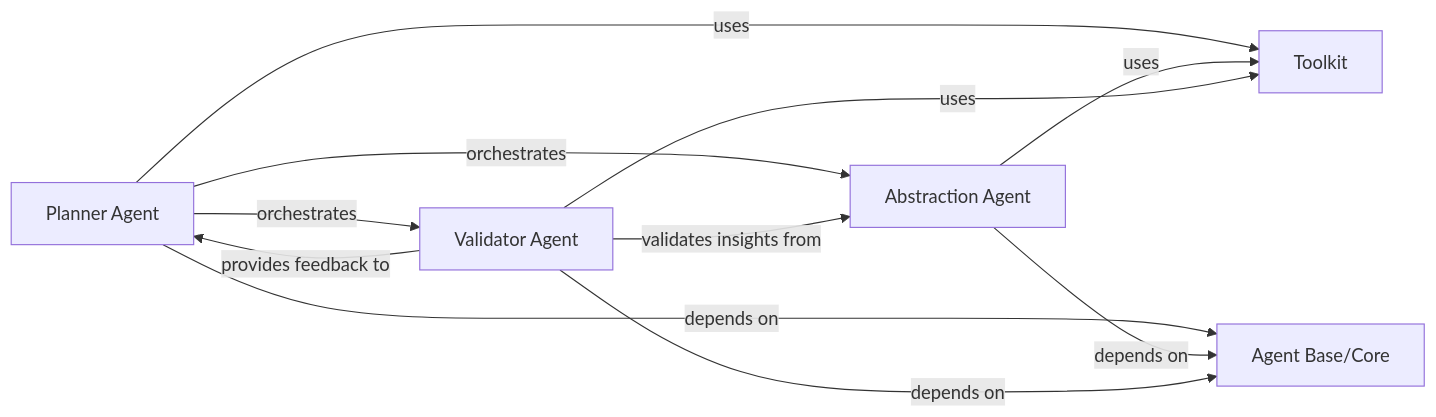
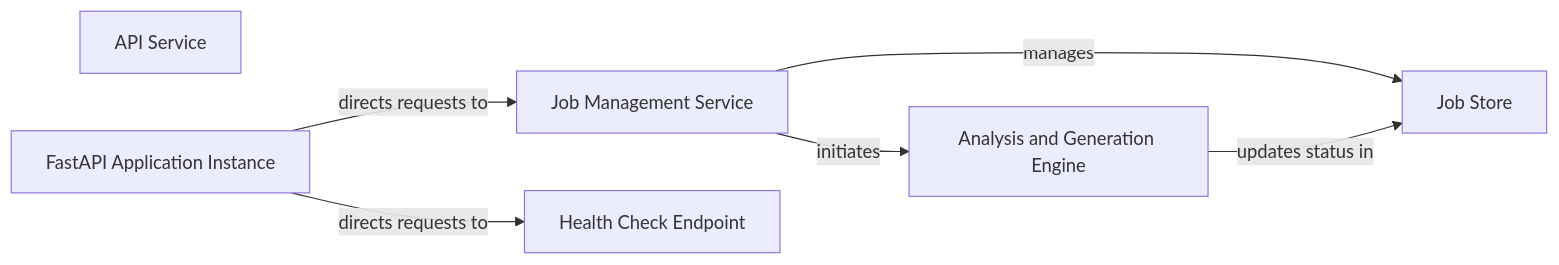
One commit to mariyam866/CodeBoarding changed the third of 8 diagrams in docs/development/architecture.md. Above: the diagram before and after it, drawn with Mermaid. The commit also changed other lines of this file and 25 other files, not shown here.

First line of the commit message:
docs: update codeboarding documentation and generate architecture

````diff
--- a/docs/development/architecture.md
+++ b/docs/development/architecture.md
@@ -85,18 +212,15 @@
 ```mermaid
 graph LR
-    Planner_Agent["Planner Agent"]
-    Abstraction_Agent["Abstraction Agent"]
-    Validator_Agent["Validator Agent"]
-    Agent_Base_Core["Agent Base/Core"]
-    Toolkit["Toolkit"]
-    Planner_Agent -- "orchestrates" --> Abstraction_Agent
-    Planner_Agent -- "orchestrates" --> Validator_Agent
-    Planner_Agent -- "uses" --> Toolkit
-    Planner_Agent -- "depends on" --> Agent_Base_Core
-    Abstraction_Agent -- "uses" --> Toolkit
-    Abstraction_Agent -- "depends on" --> Agent_Base_Core
-    Validator_Agent -- "validates insights from" --> Abstraction_Agent
-    Validator_Agent -- "uses" --> Toolkit
-    Validator_Agent -- "provides feedback to" --> Planner_Agent
-    Validator_Agent -- "depends on" --> Agent_Base_Core
+    API_Service["API Service"]
+    FastAPI_Application_Instance["FastAPI Application Instance"]
+    Job_Management_Service["Job Management Service"]
+    Job_Store["Job Store"]
+    Analysis_and_Generation_Engine["Analysis and Generation Engine"]
+    Health_Check_Endpoint["Health Check Endpoint"]
+    FastAPI_Application_Instance -- "directs requests to" --> Job_Management_Service
+    FastAPI_Application_Instance -- "directs requests to" --> Health_Check_Endpoint
+    Job_Management_Service -- "manages" --> Job_Store
+    Job_Management_Service -- "initiates" --> Analysis_and_Generation_Engine
+    Analysis_and_Generation_Engine -- "updates status in" --> Job_Store
+    click API_Service href "https://github.com/CodeBoarding/CodeBoarding/blob/main/.codeboarding/API_Service.md" "Details"
 ```
````
